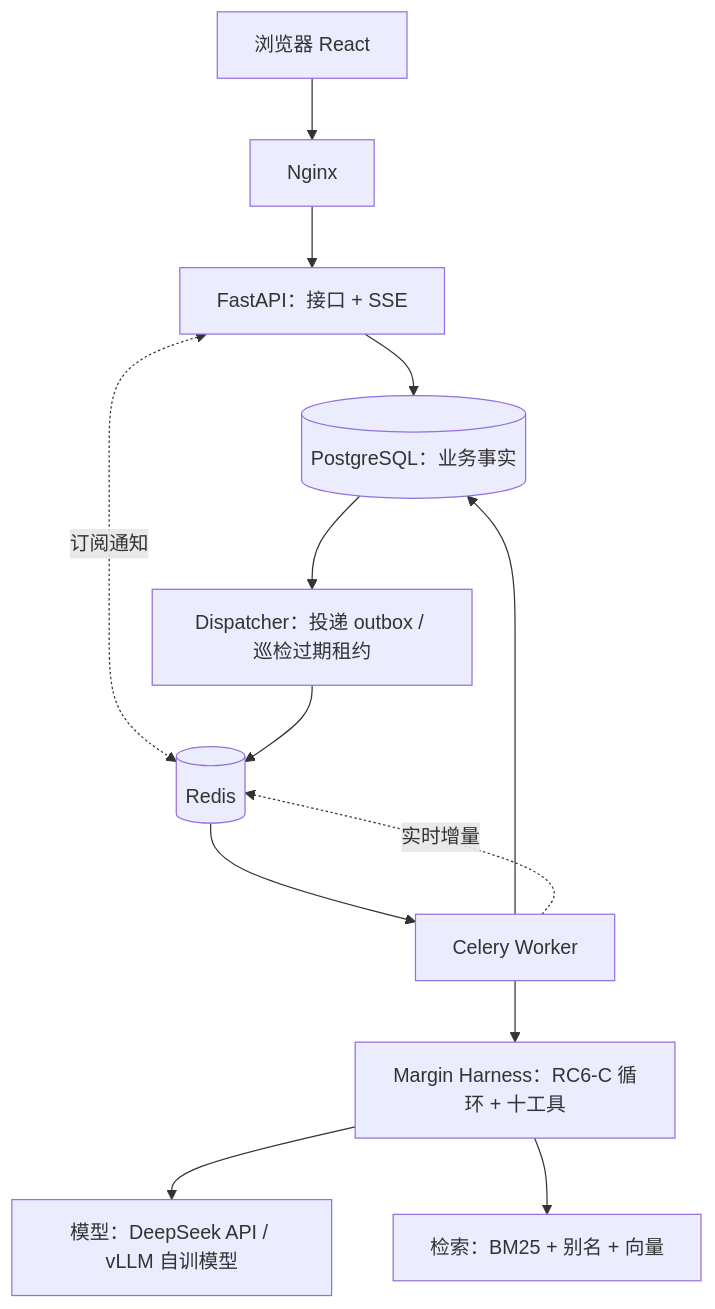
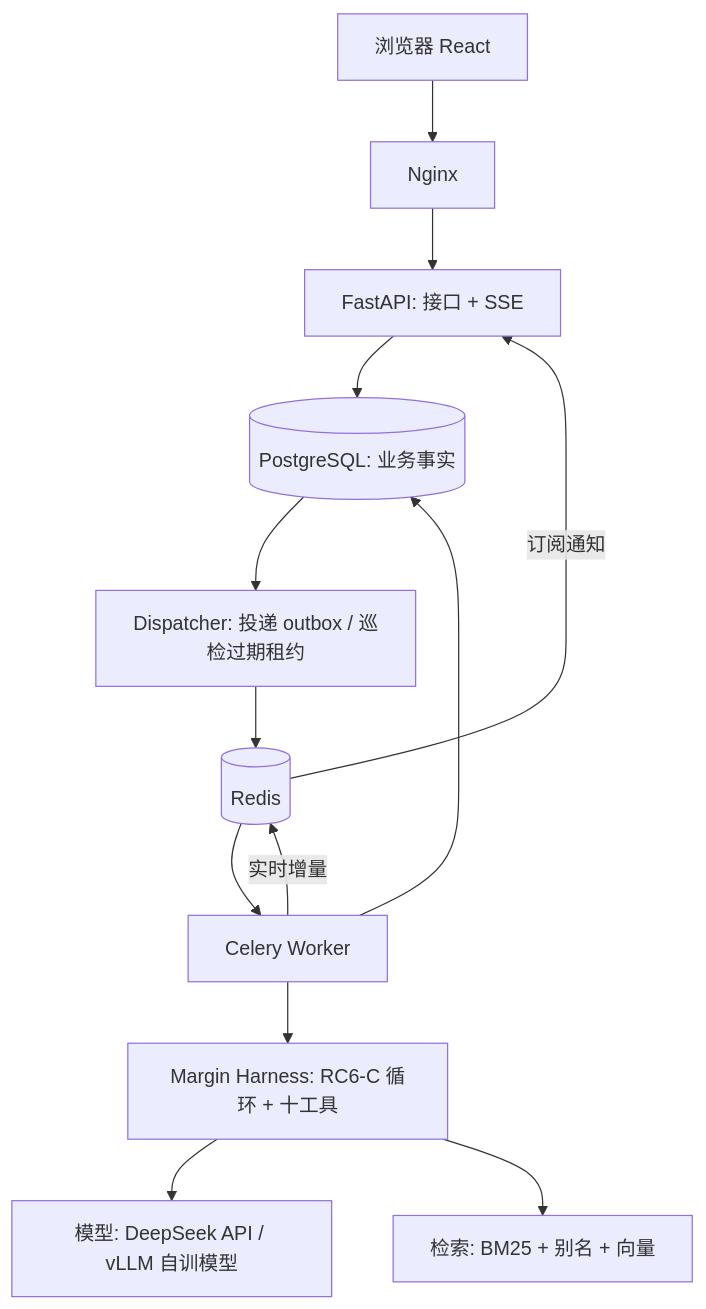
Before and after one commit to Flora233333/Margin-Agent: the diagram in docs/PLAN.md, drawn with Mermaid. The commit also changed other lines of this file and 2 other files, not shown here.

````diff
--- a/docs/PLAN.md
+++ b/docs/PLAN.md
@@ -64,15 +64,19 @@
 ```mermaid
 flowchart TB
-    U[浏览器 React] --> N[Nginx]
-    N --> A[FastAPI：接口 + SSE]
-    A --> PG[(PostgreSQL：业务事实)]
-    A <-.订阅通知.-> R[(Redis)]
-    PG --> D[Dispatcher：投递 outbox / 巡检过期租约]
+    U["浏览器 React"] --> N["Nginx"]
+    N --> A["FastAPI: 接口 + SSE"]
+    A --> PG[("PostgreSQL: 业务事实")]
+
+    R[("Redis")] -->|"订阅通知"| A
+
+    PG --> D["Dispatcher: 投递 outbox / 巡检过期租约"]
     D --> R
-    R --> W[Celery Worker]
-    W --> H[Margin Harness：RC6-C 循环 + 十工具]
-    H --> L[模型：DeepSeek API / vLLM 自训模型]
-    H --> S[检索：BM25 + 别名 + 向量]
+    R --> W["Celery Worker"]
+
+    W --> H["Margin Harness: RC6-C 循环 + 十工具"]
+    H --> L["模型: DeepSeek API / vLLM 自训模型"]
+    H --> S["检索: BM25 + 别名 + 向量"]
+
     W --> PG
-    W -.实时增量.-> R
+    W -->|"实时增量"| R
 ```
````
